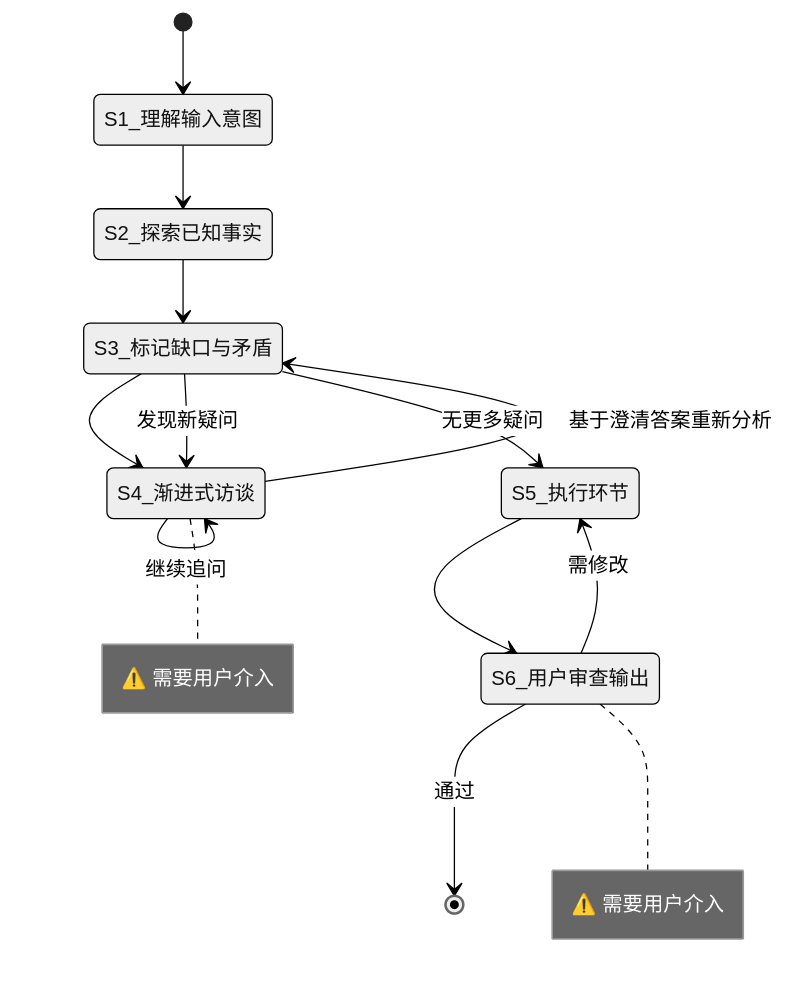
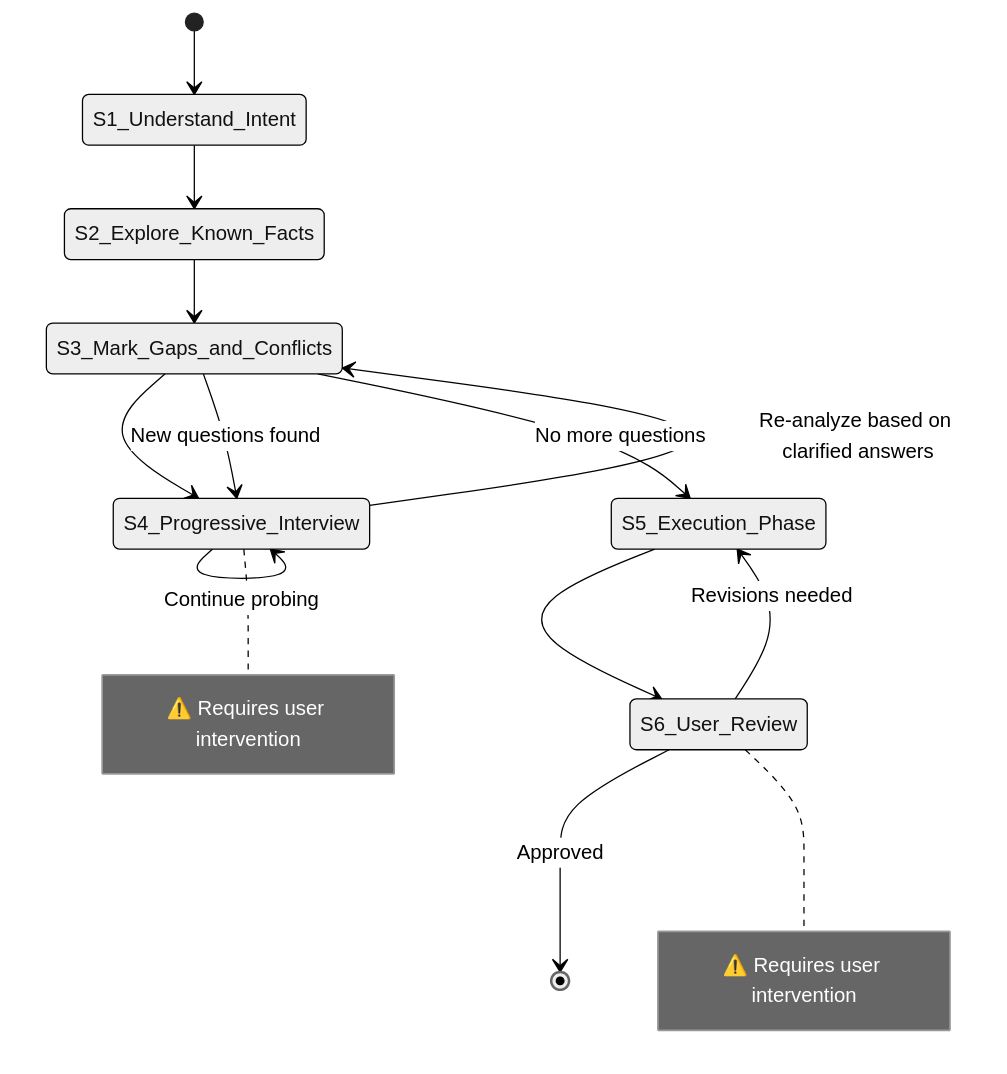
Before and after one commit to hank-cp/opencode-vibe-pm: the diagram in docs/template/research/flow.md, drawn with Mermaid (neutral theme). The commit also changed other lines of this file and 17 other files, not shown here.

````diff
--- a/docs/template/research/flow.md
+++ b/docs/template/research/flow.md
@@ -40,22 +40,22 @@
 ```mermaid
 stateDiagram-v2
-    [*] --> S1_理解输入意图
-    S1_理解输入意图 --> S2_探索已知事实
-    S2_探索已知事实 --> S3_标记缺口与矛盾
-    S3_标记缺口与矛盾 --> S4_渐进式访谈
-    S4_渐进式访谈 --> S4_渐进式访谈: 继续追问
-    S4_渐进式访谈 --> S3_标记缺口与矛盾: 基于澄清答案重新分析
-    S3_标记缺口与矛盾 --> S4_渐进式访谈: 发现新疑问
-    S3_标记缺口与矛盾 --> S5_执行环节: 无更多疑问
-    S5_执行环节 --> S6_用户审查输出
-    S6_用户审查输出 --> S5_执行环节: 需修改
-    S6_用户审查输出 --> [*]: 通过
+    [*] --> S1_Understand_Intent
+    S1_Understand_Intent --> S2_Explore_Known_Facts
+    S2_Explore_Known_Facts --> S3_Mark_Gaps_and_Conflicts
+    S3_Mark_Gaps_and_Conflicts --> S4_Progressive_Interview
+    S4_Progressive_Interview --> S4_Progressive_Interview: Continue probing
+    S4_Progressive_Interview --> S3_Mark_Gaps_and_Conflicts: Re-analyze based on clarified answers
+    S3_Mark_Gaps_and_Conflicts --> S4_Progressive_Interview: New questions found
+    S3_Mark_Gaps_and_Conflicts --> S5_Execution_Phase: No more questions
+    S5_Execution_Phase --> S6_User_Review
+    S6_User_Review --> S5_Execution_Phase: Revisions needed
+    S6_User_Review --> [*]: Approved
 
-    note right of S4_渐进式访谈
-        ⚠️ 需要用户介入
+    note right of S4_Progressive_Interview
+        ⚠️ Requires user intervention
     end note
 
-    note right of S6_用户审查输出
-        ⚠️ 需要用户介入
+    note right of S6_User_Review
+        ⚠️ Requires user intervention
     end note
 ```
````
